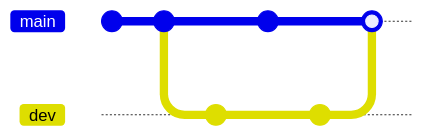
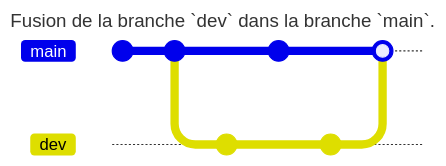
Before and after one commit to tavenel/website: the fifth of 16 diagrams in src/pages/cours/git/git-cours.md, drawn with Mermaid. The commit also changed other lines of this file and 2 other files, not shown here. Commit ids are hidden.

Commit message:
fix mermaid diagrams

````diff
--- a/src/pages/cours/git/git-cours.md
+++ b/src/pages/cours/git/git-cours.md
@@ -325,13 +327,17 @@
 ```mermaid
+---
+title: Fusion de la branche `dev` dans la branche `main`.
+---
+
 gitGraph
 commit
 commit
 branch dev
 commit
 checkout main
 commit
 checkout dev
 commit
 checkout main
 merge dev
 ```
````
